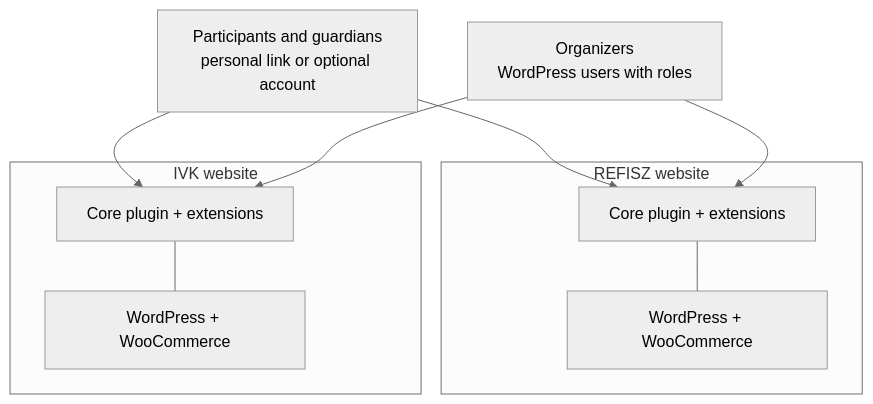
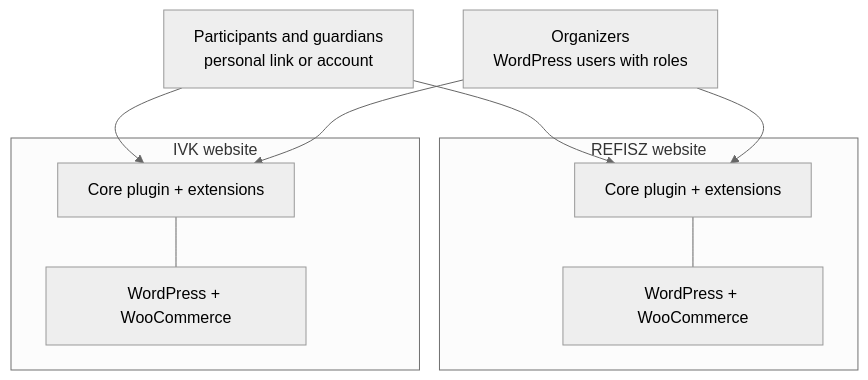
One commit to reformatus/kalaka changed the diagram in docs/architecture/overview.md. Above: the diagram before and after it, drawn with Mermaid (neutral theme). The commit also changed 3 other files, not shown here.

````diff
--- a/docs/architecture/overview.md
+++ b/docs/architecture/overview.md
@@ -91,19 +91,19 @@
 ```mermaid
 flowchart TB
-  P["Participants and guardians<br/>personal link or optional account"]
+  P["Participants and guardians<br/>personal link or account"]
   O["Organizers<br/>WordPress users with roles"]
   subgraph R["REFISZ website"]
     R2["Core plugin + extensions"]
     R1["WordPress + WooCommerce"]
     R2 --- R1
   end
   subgraph I["IVK website"]
     I2["Core plugin + extensions"]
     I1["WordPress + WooCommerce"]
     I2 --- I1
   end
   P --> R2
   P --> I2
   O --> R2
   O --> I2
 ```
````
